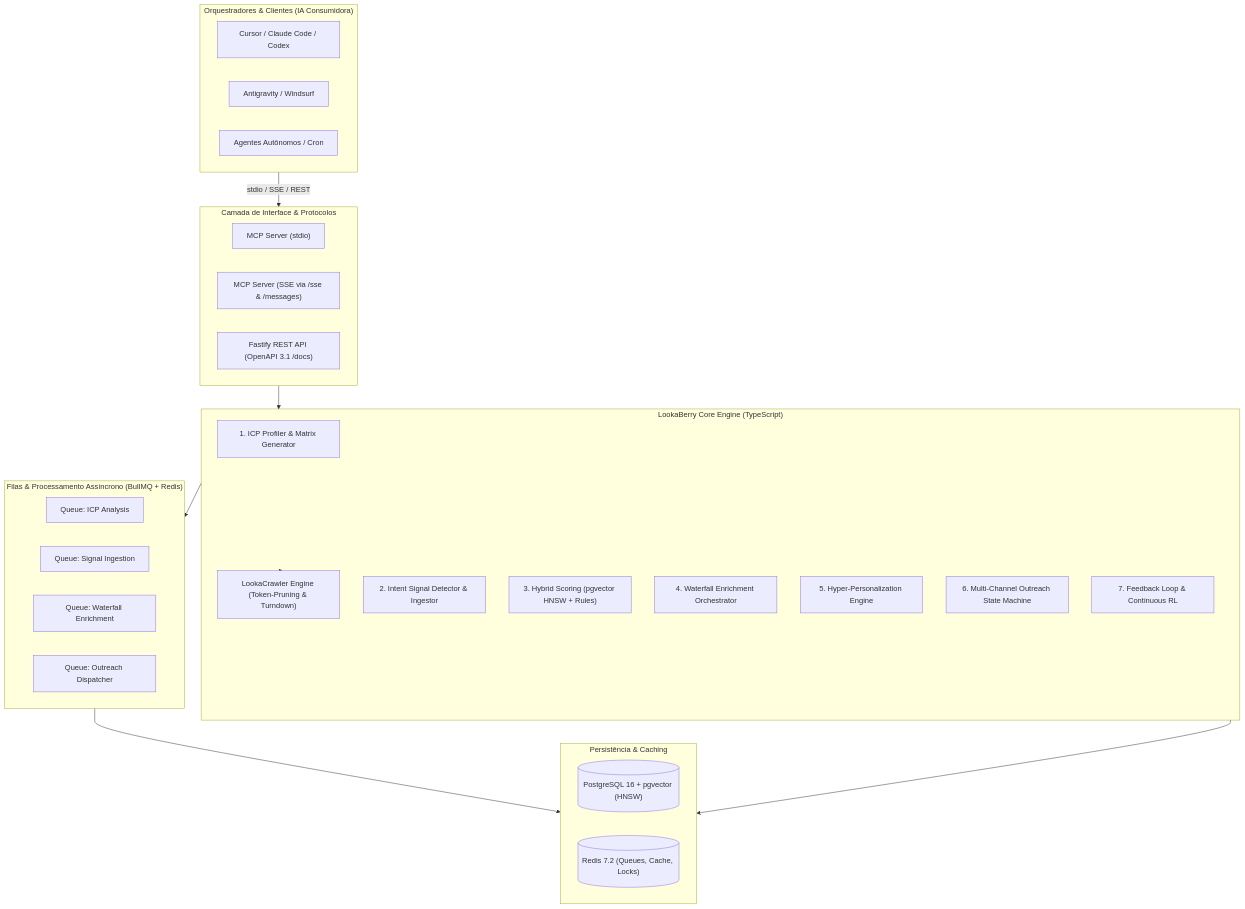
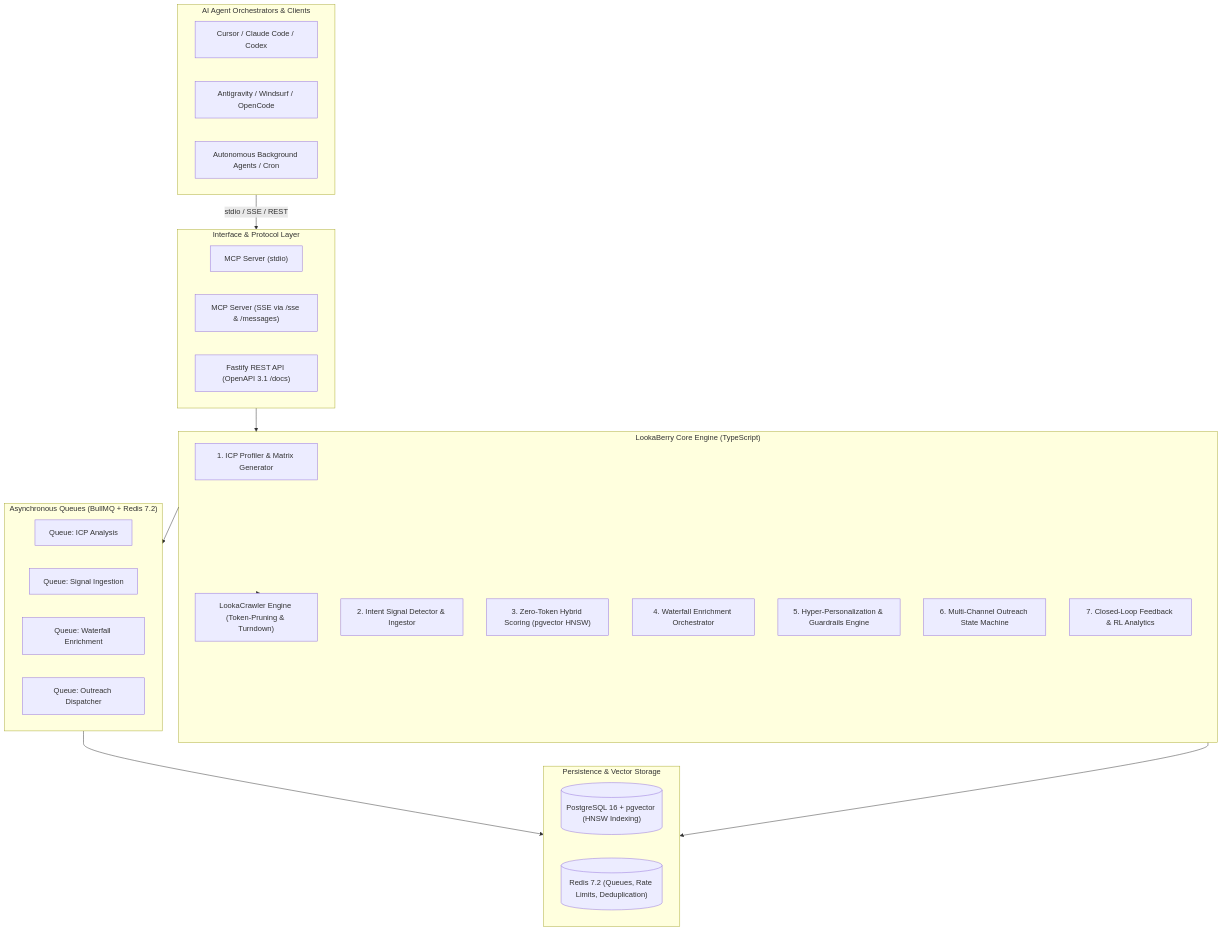
The diagram in README.md (lucasmartins-ai/lookaberry), drawn with Mermaid before and after one commit. The commit also changed other lines of this file and 2 other files, not shown here.

````diff
--- a/README.md
+++ b/README.md
@@ -28,44 +38,44 @@
 ```mermaid
 flowchart TB
-    subgraph Clients["Orquestradores & Clientes (IA Consumidora)"]
+    subgraph Clients["AI Agent Orchestrators & Clients"]
         A1["Cursor / Claude Code / Codex"]
-        A2["Antigravity / Windsurf"]
-        A3["Agentes Autônomos / Cron"]
+        A2["Antigravity / Windsurf / OpenCode"]
+        A3["Autonomous Background Agents / Cron"]
     end
 
-    subgraph InterfaceLayer["Camada de Interface & Protocolos"]
+    subgraph InterfaceLayer["Interface & Protocol Layer"]
         MCP_STDIO["MCP Server (stdio)"]
         MCP_SSE["MCP Server (SSE via /sse & /messages)"]
         REST["Fastify REST API (OpenAPI 3.1 /docs)"]
     end
 
     subgraph CoreEngine["LookaBerry Core Engine (TypeScript)"]
         ICPEngine["1. ICP Profiler & Matrix Generator"]
         LookaCrawler["LookaCrawler Engine (Token-Pruning & Turndown)"]
         SignalEngine["2. Intent Signal Detector & Ingestor"]
-        ScoringEngine["3. Hybrid Scoring (pgvector HNSW + Rules)"]
+        ScoringEngine["3. Zero-Token Hybrid Scoring (pgvector HNSW)"]
         WaterfallEngine["4. Waterfall Enrichment Orchestrator"]
-        PersonalizationEngine["5. Hyper-Personalization Engine"]
+        PersonalizationEngine["5. Hyper-Personalization & Guardrails Engine"]
         OutreachEngine["6. Multi-Channel Outreach State Machine"]
-        AnalyticsEngine["7. Feedback Loop & Continuous RL"]
+        AnalyticsEngine["7. Closed-Loop Feedback & RL Analytics"]
     end
 
-    subgraph WorkerLayer["Filas & Processamento Assíncrono (BullMQ + Redis)"]
+    subgraph WorkerLayer["Asynchronous Queues (BullMQ + Redis 7.2)"]
         Q_ICP["Queue: ICP Analysis"]
         Q_Signal["Queue: Signal Ingestion"]
         Q_Enrich["Queue: Waterfall Enrichment"]
         Q_Outreach["Queue: Outreach Dispatcher"]
     end
 
-    subgraph DataLayer["Persistência & Caching"]
-        PG[("PostgreSQL 16 + pgvector (HNSW)")]
-        RedisCache[("Redis 7.2 (Queues, Cache, Locks)")]
+    subgraph DataLayer["Persistence & Vector Storage"]
+        PG[("PostgreSQL 16 + pgvector (HNSW Indexing)")]
+        RedisCache[("Redis 7.2 (Queues, Rate Limits, Deduplication)")]
     end
 
     Clients -->|stdio / SSE / REST| InterfaceLayer
     InterfaceLayer --> CoreEngine
     CoreEngine --> LookaCrawler
     CoreEngine --> WorkerLayer
     WorkerLayer --> DataLayer
     CoreEngine --> DataLayer
 ```
````
